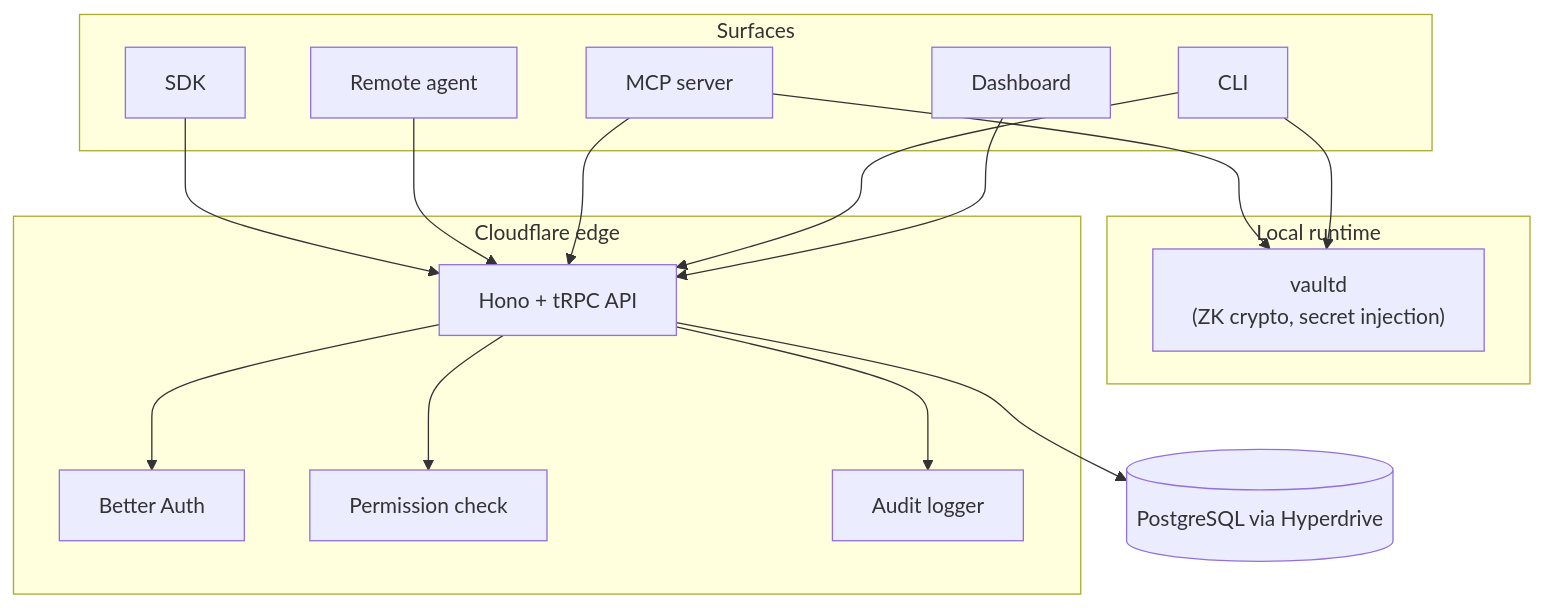
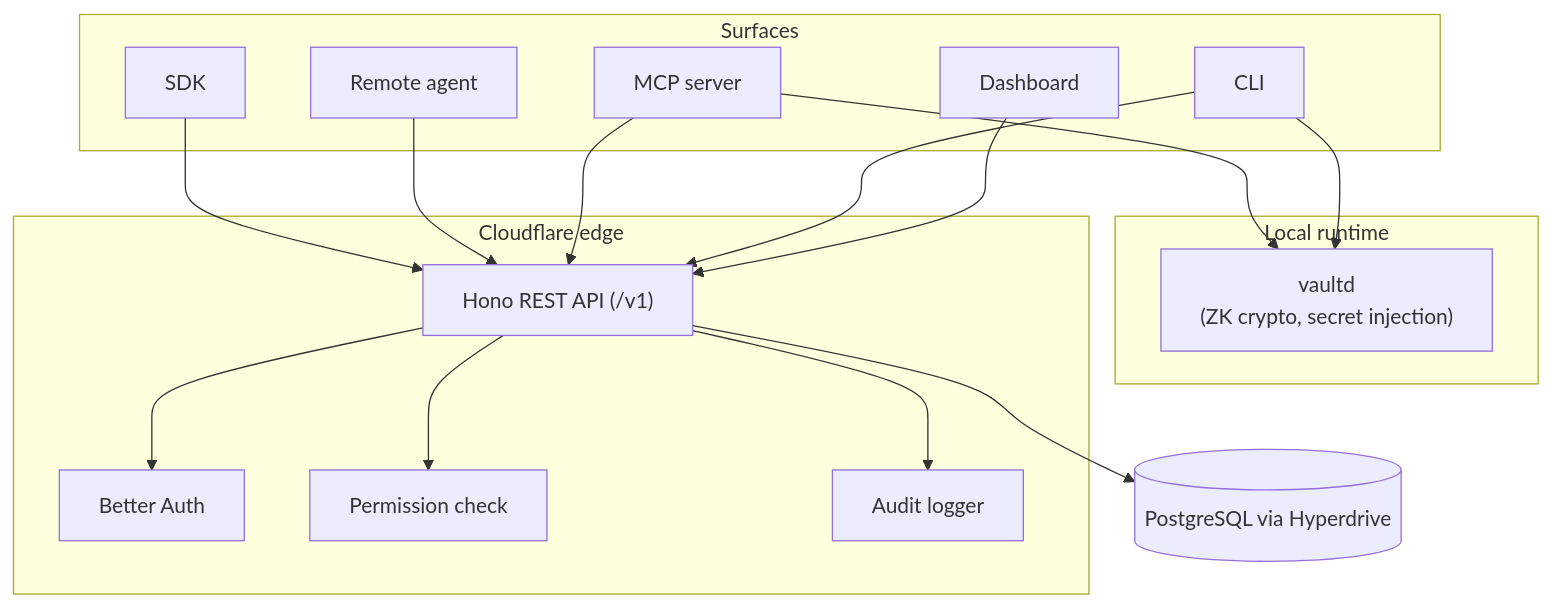
The diagram in apps/docs/architecture.mdx (punitarani/abadge), drawn with Mermaid before and after one commit. The commit also changed other lines of this file and 63 other files, not shown here.

First line of the commit message:
docs(api): revamp API reference around the public REST API, remove tRPC (#196)

````diff
--- a/apps/docs/architecture.mdx
+++ b/apps/docs/architecture.mdx
@@ -10,36 +10,36 @@
 ```mermaid
 flowchart TD
   subgraph Surfaces["Surfaces"]
     Dashboard["Dashboard"]
     CLI["CLI"]
     MCP["MCP server"]
     Remote["Remote agent"]
     SDK["SDK"]
   end
 
   subgraph LocalRuntime["Local runtime"]
     Daemon["vaultd<br/>(ZK crypto, secret injection)"]
   end
 
   subgraph Edge["Cloudflare edge"]
-    API["Hono + tRPC API"]
+    API["Hono REST API (/v1)"]
     Auth["Better Auth"]
     Policy["Permission check"]
     Audit["Audit logger"]
   end
 
   DB[(PostgreSQL via Hyperdrive)]
 
   Dashboard --> API
   CLI --> API
   CLI --> Daemon
   MCP --> API
   MCP --> Daemon
   Remote --> API
   SDK --> API
 
   API --> Auth
   API --> Policy
   API --> Audit
   API --> DB
 ```
````
